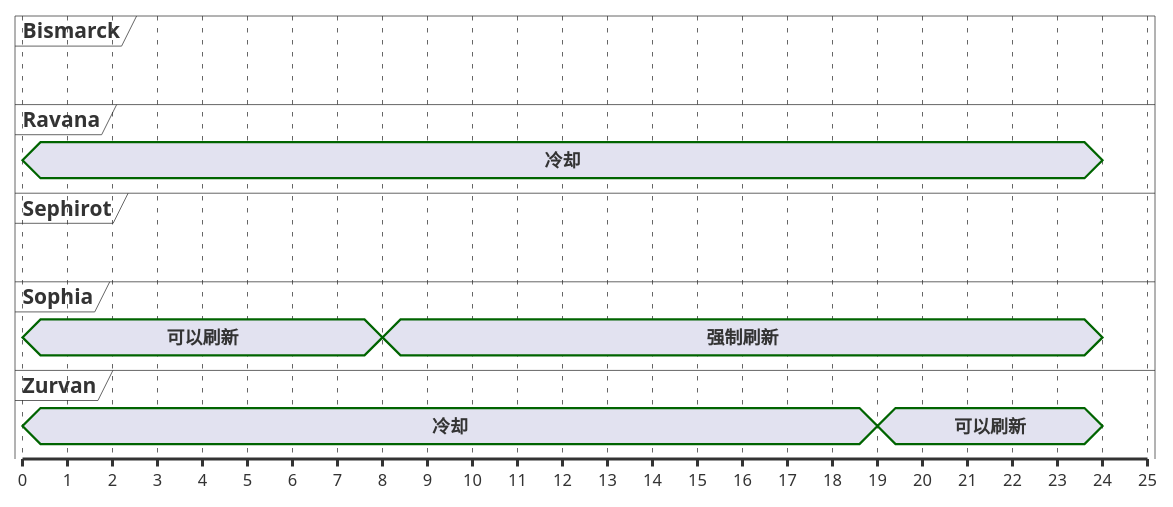
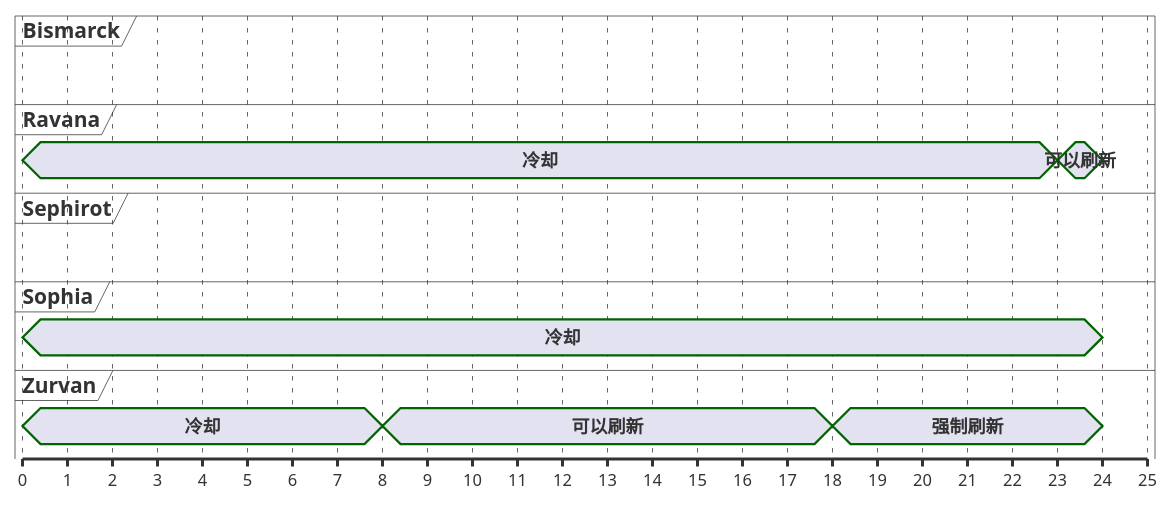
Before and after one commit to Eroleice/doc-pi: diagram 13 of 13 in ffxiv/hunt/2.0/Nunyunuwi.md, drawn with PlantUML. The commit also changed other lines of this file and 38 other files, not shown here.

````diff
--- a/ffxiv/hunt/2.0/Nunyunuwi.md
+++ b/ffxiv/hunt/2.0/Nunyunuwi.md
@@ -618,26 +604,27 @@
 ```plantuml
 @startuml
 scale 1 as 30 pixels
 
 concise Bismarck
 concise Ravana
 concise Sephirot
 concise Sophia
 concise Zurvan
 
-@Sophia
-0 is 可以刷新
-8 is 强制刷新
-24 is {hidden}
-
 @Zurvan
 0 is 冷却
-19 is 可以刷新
+8 is 可以刷新
+18 is 强制刷新
 24 is {hidden}
 
 @Ravana
+0 is 冷却
+23 is 可以刷新
+24 is {hidden}
+
+@Sophia
 0 is 冷却
 24 is {hidden}
 
 @enduml
 ```
````
